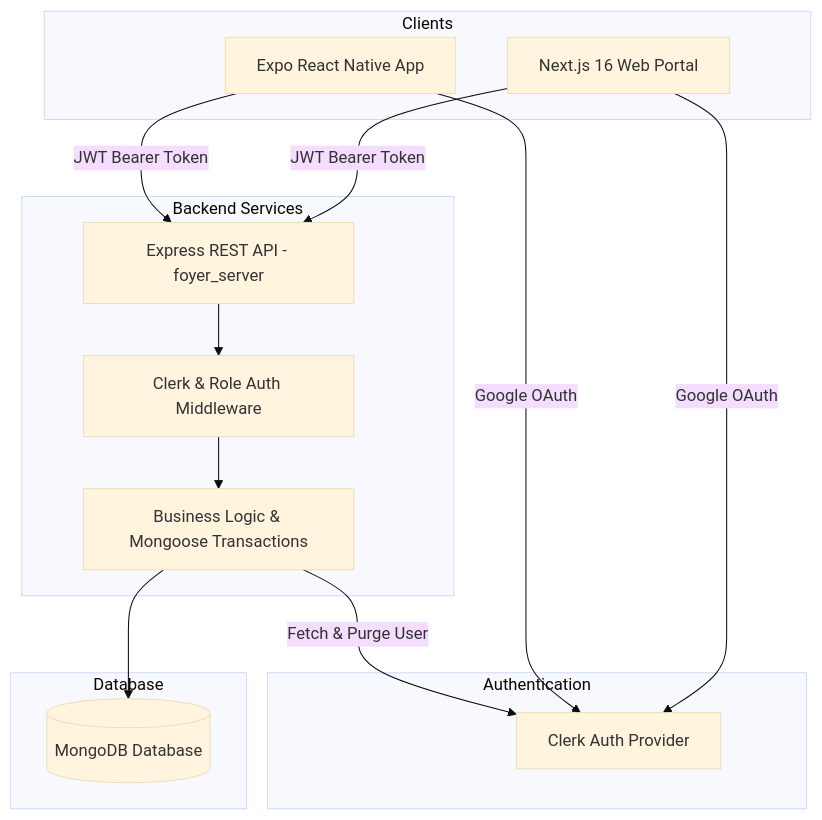
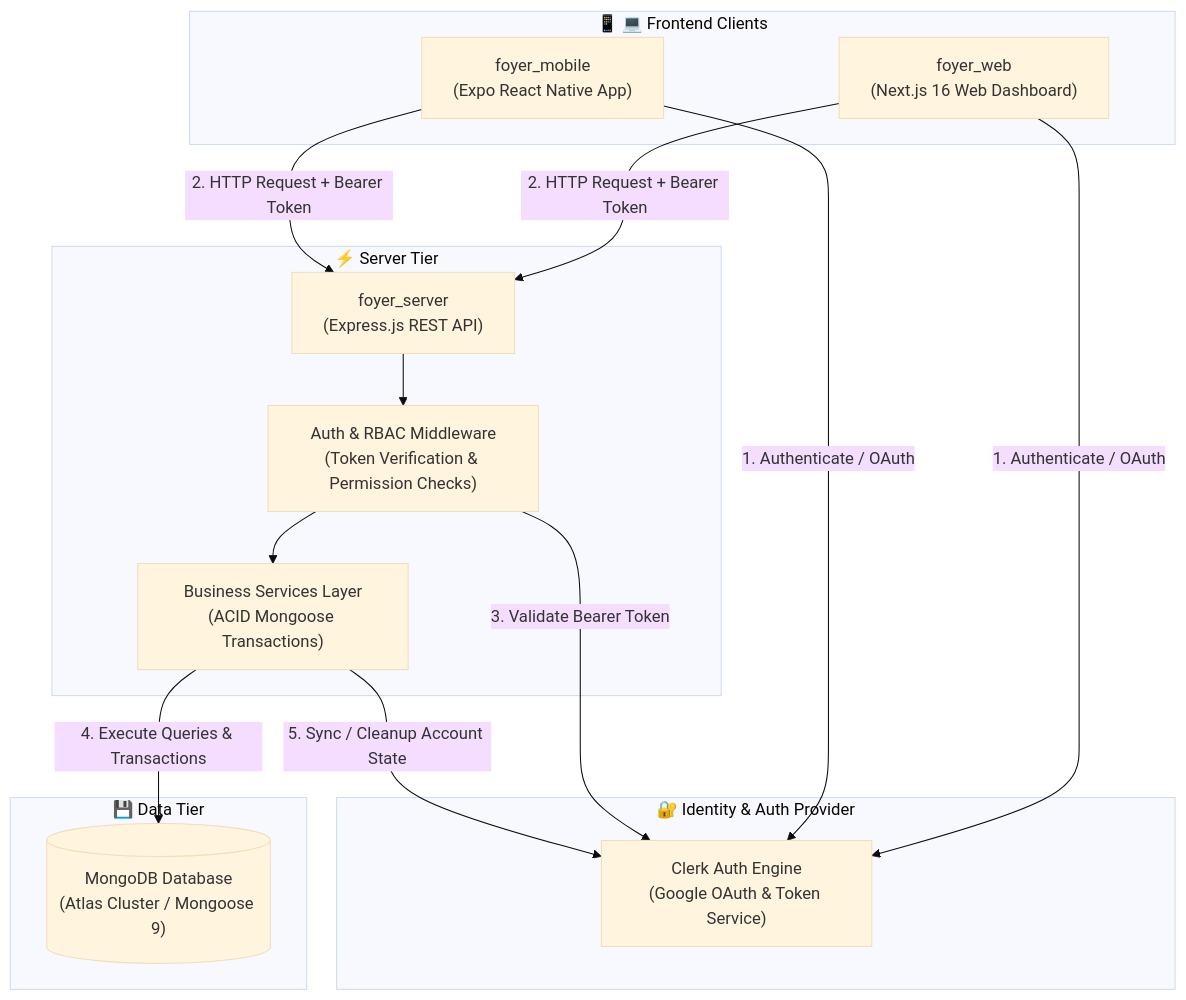
Before and after one commit to ShubaBhardwaj/Foyer: the second of 2 diagrams in README.md, drawn with Mermaid (base theme). The commit also changed other lines of this file, not shown here.

Commit message:
docs: update README with enhanced platform overview, feature highlights, and architectural diagrams

````diff
--- a/README.md
+++ b/README.md
@@ -94,30 +319,33 @@
 ```mermaid
-graph TD
-    subgraph Clients
-        Web[Next.js 16 Web Portal]
-        Mobile[Expo React Native App]
+flowchart TB
+    subgraph Authentication ["🔐 Identity & Auth Provider"]
+        Clerk["Clerk Auth Engine\n(Google OAuth & Token Service)"]
     end
 
-    subgraph Authentication
-        Clerk[Clerk Auth Provider]
+    subgraph Clients ["📱 💻 Frontend Clients"]
+        Web["foyer_web\n(Next.js 16 Web Dashboard)"]
+        Mobile["foyer_mobile\n(Expo React Native App)"]
     end
 
-    subgraph Backend Services
-        API[Express REST API - foyer_server]
-        AuthMW[Clerk & Role Auth Middleware]
-        Services[Business Logic & Mongoose Transactions]
+    subgraph Backend ["⚡ Server Tier"]
+        API["foyer_server\n(Express.js REST API)"]
+        Middleware["Auth & RBAC Middleware\n(Token Verification & Permission Checks)"]
+        Services["Business Services Layer\n(ACID Mongoose Transactions)"]
     end
 
-    subgraph Database
-        Mongo[(MongoDB Database)]
+    subgraph Data ["💾 Data Tier"]
+        Mongo[("MongoDB Database\n(Atlas Cluster / Mongoose 9)")]
     end
 
-    Web -->|Google OAuth| Clerk
-    Mobile -->|Google OAuth| Clerk
-    Web -->|JWT Bearer Token| API
-    Mobile -->|JWT Bearer Token| API
-    API --> AuthMW
-    AuthMW --> Services
-    Services --> Mongo
-    Services -->|Fetch & Purge User| Clerk
+    Web -->|1. Authenticate / OAuth| Clerk
+    Mobile -->|1. Authenticate / OAuth| Clerk
+
+    Web -->|2. HTTP Request + Bearer Token| API
+    Mobile -->|2. HTTP Request + Bearer Token| API
+
+    API --> Middleware
+    Middleware -->|3. Validate Bearer Token| Clerk
+    Middleware --> Services
+    Services -->|4. Execute Queries & Transactions| Mongo
+    Services -->|5. Sync / Cleanup Account State| Clerk
 ```
````
